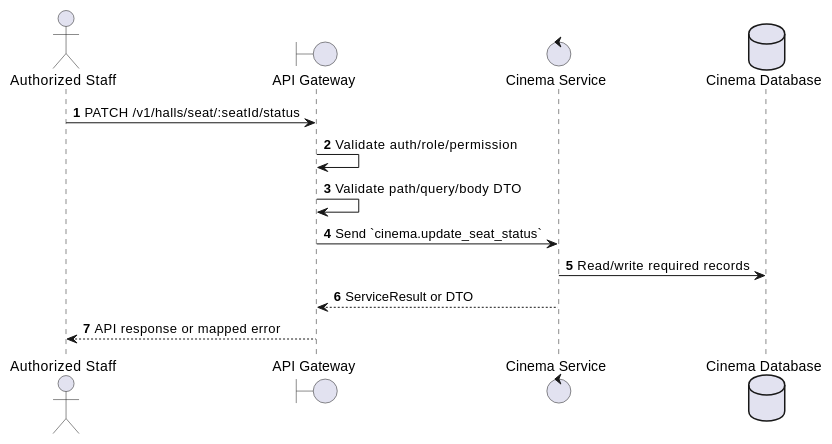
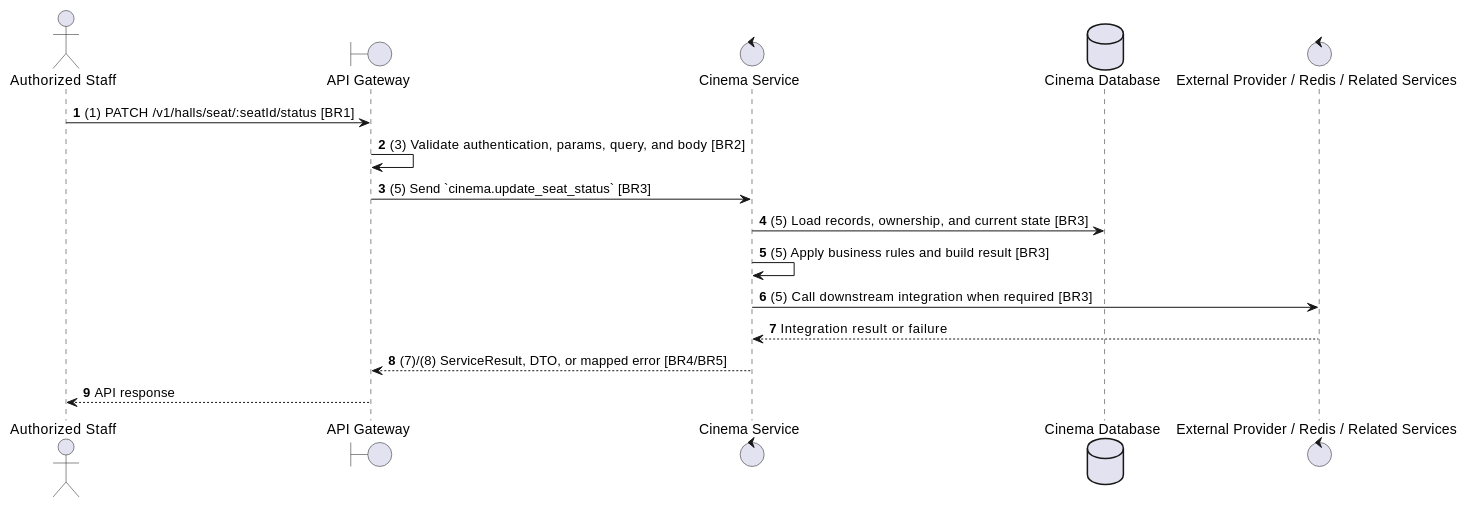
One commit to Tanh1603/movie-hub-architecture changed the second of 2 diagrams in docs/functional_specs/3.2.2_Hall_Management/HM-06_Update_Seat_Status.md. Above: the diagram before and after it, drawn with PlantUML. The commit also changed other lines of this file and 129 other files, not shown here.

````diff
--- a/docs/functional_specs/3.2.2_Hall_Management/HM-06_Update_Seat_Status.md
+++ b/docs/functional_specs/3.2.2_Hall_Management/HM-06_Update_Seat_Status.md
@@ -17,17 +64,20 @@
 ```plantuml
 @startuml
 autonumber
 actor "Authorized Staff" as Actor
 boundary "API Gateway" as GW
 control "Cinema Service" as SVC
 database "Cinema Database" as DB
+control "External Provider / Redis / Related Services" as EXT
 
-Actor -> GW: PATCH /v1/halls/seat/:seatId/status
-GW -> GW: Validate auth/role/permission
-GW -> GW: Validate path/query/body DTO
-GW -> SVC: Send `cinema.update_seat_status`
-SVC -> DB: Read/write required records
-SVC --> GW: ServiceResult or DTO
-GW --> Actor: API response or mapped error
+Actor -> GW: (1) PATCH /v1/halls/seat/:seatId/status [BR1]
+GW -> GW: (3) Validate authentication, params, query, and body [BR2]
+GW -> SVC: (5) Send `cinema.update_seat_status` [BR3]
+SVC -> DB: (5) Load records, ownership, and current state [BR3]
+SVC -> SVC: (5) Apply business rules and build result [BR3]
+SVC -> EXT: (5) Call downstream integration when required [BR3]
+EXT --> SVC: Integration result or failure
+SVC --> GW: (7)/(8) ServiceResult, DTO, or mapped error [BR4/BR5]
+GW --> Actor: API response
 @enduml
 ```
````
